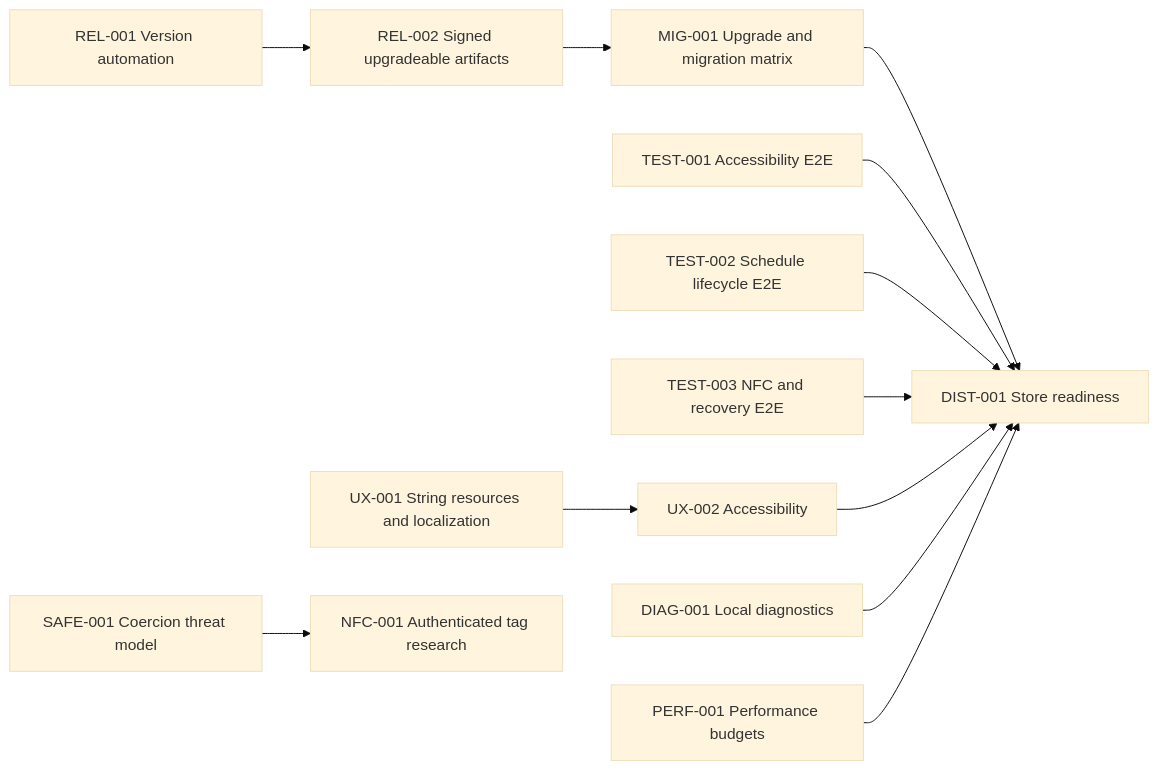
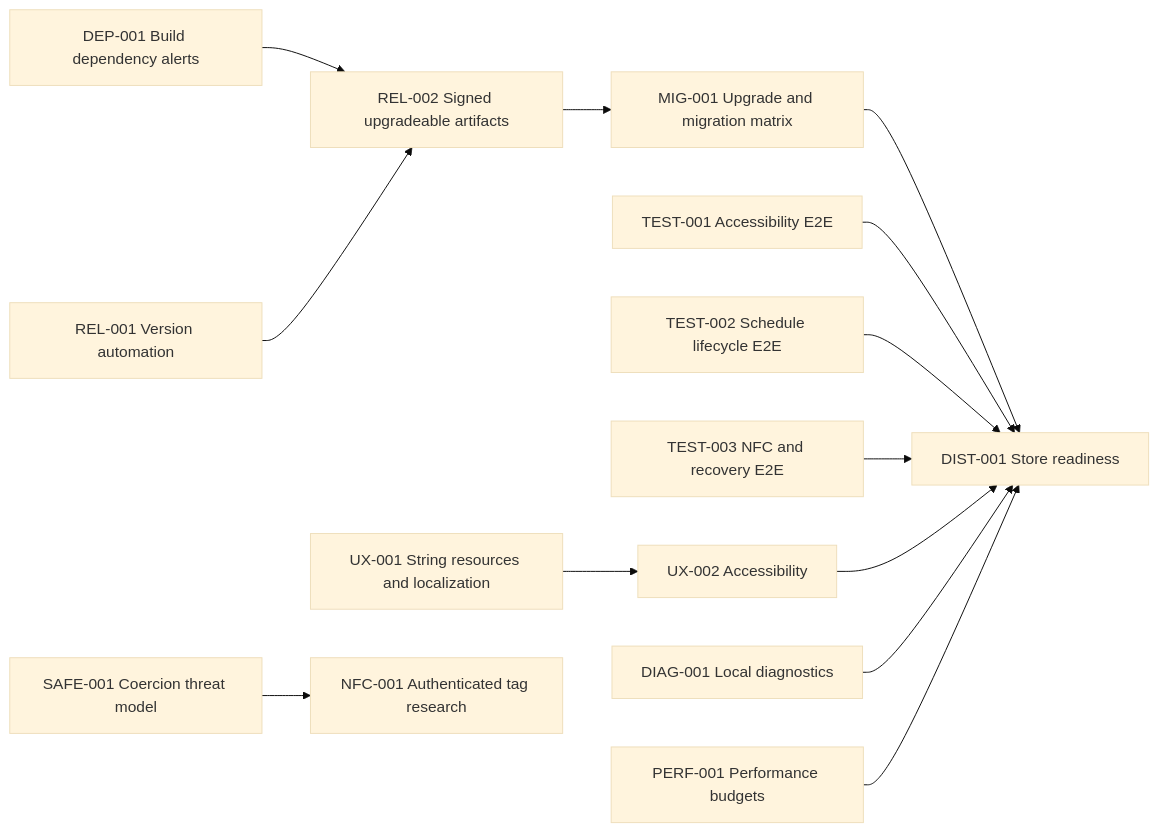
One commit to mcasillas17/WebSnag changed the diagram in docs/ROADMAP.md. Above: the diagram before and after it, drawn with Mermaid (base theme). The commit also changed other lines of this file, not shown here.

First line of the commit message:
docs: add dependency remediation roadmap

````diff
--- a/docs/ROADMAP.md
+++ b/docs/ROADMAP.md
@@ -193,17 +194,18 @@
 ```mermaid
 flowchart LR
+    DEP001["DEP-001 Build dependency alerts"] --> REL002["REL-002 Signed upgradeable artifacts"]
     REL001["REL-001 Version automation"] --> REL002["REL-002 Signed upgradeable artifacts"]
     REL002 --> MIG001["MIG-001 Upgrade and migration matrix"]
     MIG001 --> DIST001["DIST-001 Store readiness"]
 
     TEST001["TEST-001 Accessibility E2E"] --> DIST001
     TEST002["TEST-002 Schedule lifecycle E2E"] --> DIST001
     TEST003["TEST-003 NFC and recovery E2E"] --> DIST001
 
     UX001["UX-001 String resources and localization"] --> UX002["UX-002 Accessibility"]
     UX002 --> DIST001
     DIAG001["DIAG-001 Local diagnostics"] --> DIST001
     PERF001["PERF-001 Performance budgets"] --> DIST001
 
     SAFE001["SAFE-001 Coercion threat model"] --> NFC001["NFC-001 Authenticated tag research"]
 ```
````
